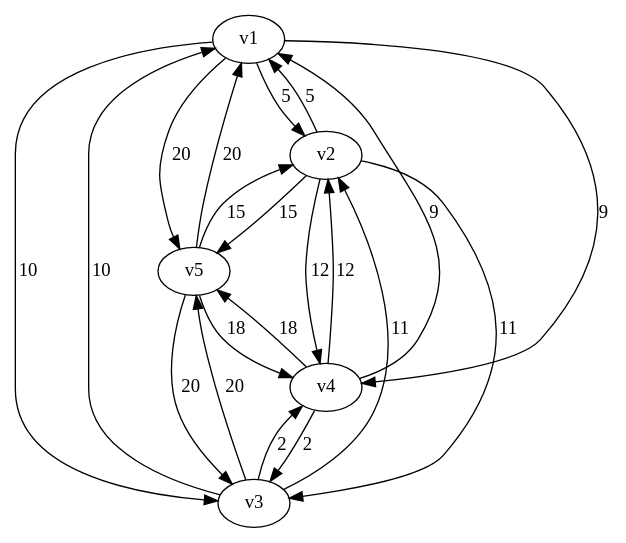
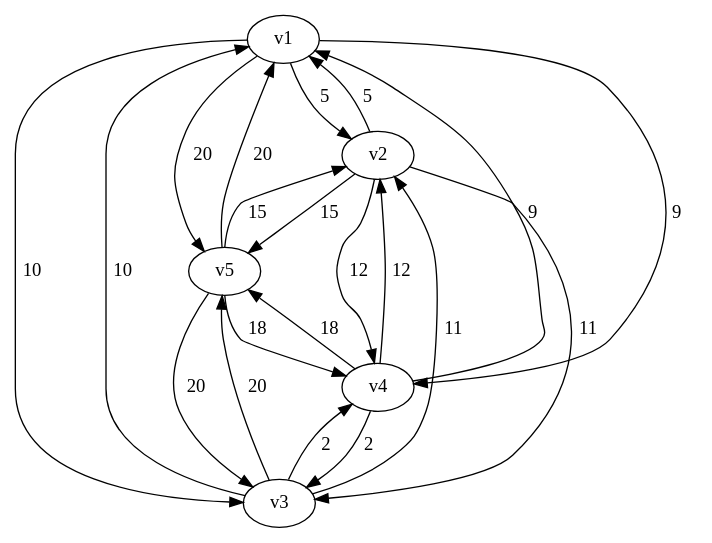
One commit to MaxPower9001/B-AI3GKAP changed the diagram in io/graph_11.dot. Above: the diagram before and after it, drawn with Graphviz. The commit also changed 15 other files, not shown here.

```diff
--- a/io/graph_11.dot
+++ b/io/graph_11.dot
@@ -1,28 +1,28 @@
 digraph graph_11
 {
 v1
 v2
 v3
 v4
 v5
-v1 -> v2 [label="5"]
-v1 -> v3 [label="10"]
-v1 -> v4 [label="9"]
-v1 -> v5 [label="20"]
-v2 -> v1 [label="5"]
-v2 -> v3 [label="11"]
-v2 -> v4 [label="12"]
-v2 -> v5 [label="15"]
-v3 -> v1 [label="10"]
-v3 -> v2 [label="11"]
-v3 -> v4 [label="2"]
-v3 -> v5 [label="20"]
-v4 -> v1 [label="9"]
-v4 -> v2 [label="12"]
-v4 -> v3 [label="2"]
-v4 -> v5 [label="18"]
-v5 -> v1 [label="20"]
-v5 -> v2 [label="15"]
-v5 -> v3 [label="20"]
-v5 -> v4 [label="18"]
+v1 -> v2 [label=" 5  "]
+v1 -> v3 [label=" 10  "]
+v1 -> v4 [label=" 9  "]
+v1 -> v5 [label=" 20  "]
+v2 -> v1 [label=" 5  "]
+v2 -> v3 [label=" 11  "]
+v2 -> v4 [label=" 12  "]
+v2 -> v5 [label=" 15  "]
+v3 -> v1 [label=" 10  "]
+v3 -> v2 [label=" 11  "]
+v3 -> v4 [label=" 2  "]
+v3 -> v5 [label=" 20  "]
+v4 -> v1 [label=" 9  "]
+v4 -> v2 [label=" 12  "]
+v4 -> v3 [label=" 2  "]
+v4 -> v5 [label=" 18  "]
+v5 -> v1 [label=" 20  "]
+v5 -> v2 [label=" 15  "]
+v5 -> v3 [label=" 20  "]
+v5 -> v4 [label=" 18  "]
 }
```
